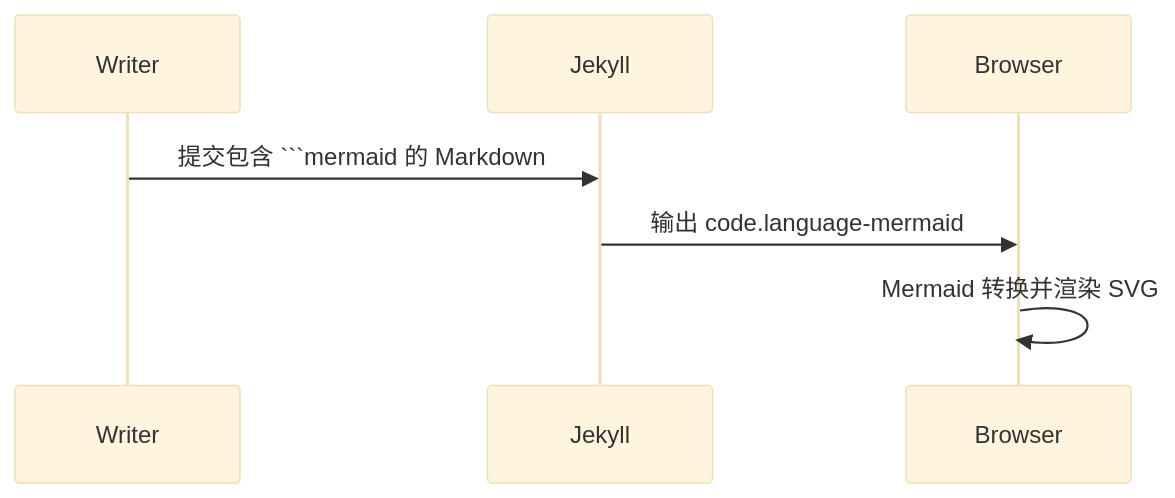
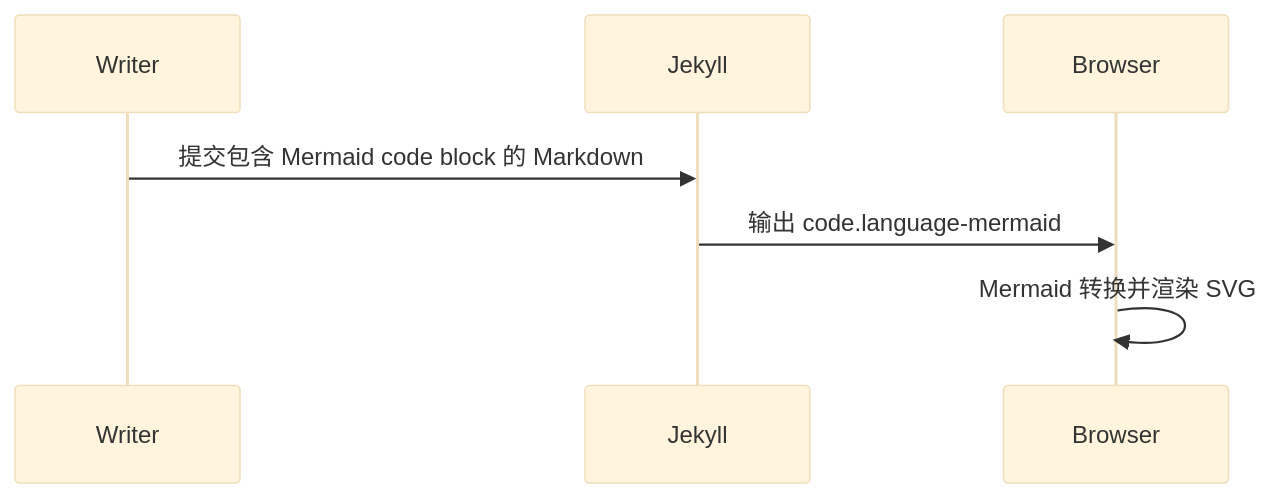
The second of 2 diagrams in _markdown/mermaid-test.md (elemer1/elemer1.github.io), drawn with Mermaid (base theme) before and after one commit.

Commit message:
Fix Mermaid test page fence safety

````diff
--- a/_markdown/mermaid-test.md
+++ b/_markdown/mermaid-test.md
@@ -33,9 +33,9 @@
 ```mermaid
 sequenceDiagram
   participant Writer as Writer
   participant Jekyll as Jekyll
   participant Browser as Browser
-  Writer->>Jekyll: 提交包含 ```mermaid 的 Markdown
+  Writer->>Jekyll: 提交包含 Mermaid code block 的 Markdown
   Jekyll->>Browser: 输出 code.language-mermaid
   Browser->>Browser: Mermaid 转换并渲染 SVG
 ```
````
